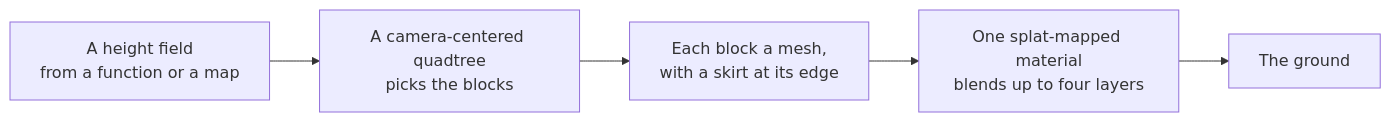
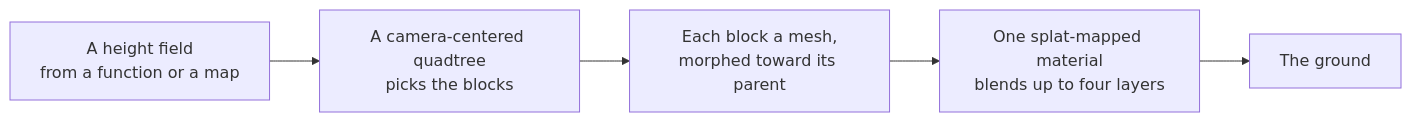
The diagram in docs/api/terrain.md (null3d-engine/null3d), drawn with Mermaid before and after one commit. The commit also changed other lines of this file and 26 other files, not shown here.

````diff
--- a/docs/api/terrain.md
+++ b/docs/api/terrain.md
@@ -13,7 +13,7 @@
 ```mermaid
 flowchart LR
     height["A height field<br/>from a function or a map"] --> tree["A camera-centered quadtree<br/>picks the blocks"]
-    tree --> blocks["Each block a mesh,<br/>with a skirt at its edge"]
+    tree --> blocks["Each block a mesh,<br/>morphed toward its parent"]
     blocks --> splat["One splat-mapped material<br/>blends up to four layers"]
     splat --> screen["The ground"]
 ```
````
